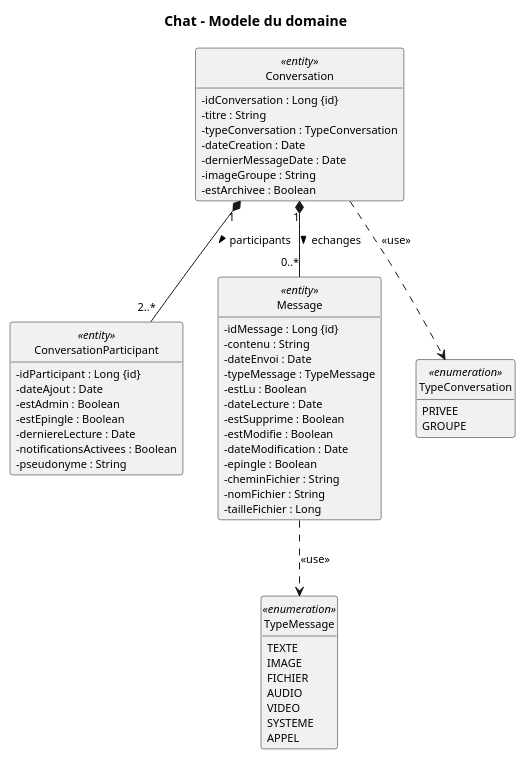
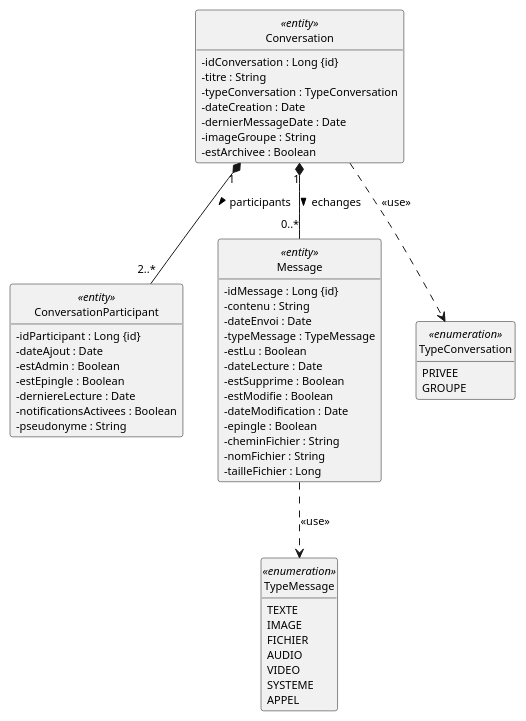
Before and after one commit to saber-barhoumi/Xpark-gmao: the diagram in docs/diagrams/microservices/Chat/Chat-entities.puml, drawn with PlantUML. The commit also changed 217 other files, not shown here.

```diff
--- a/docs/diagrams/microservices/Chat/Chat-entities.puml
+++ b/docs/diagrams/microservices/Chat/Chat-entities.puml
@@ -1,65 +1,63 @@
 @startuml
 skinparam style strictuml
 skinparam packageStyle rectangle
 skinparam classAttributeIconSize 0
 skinparam shadowing false
 skinparam defaultFontName Verdana
 skinparam defaultFontSize 11
 skinparam backgroundColor #FFFFFF
 hide empty members
-
-title Chat - Modele du domaine
 
 class Conversation <<entity>> {
   -idConversation : Long {id}
   -titre : String
   -typeConversation : TypeConversation
   -dateCreation : Date
   -dernierMessageDate : Date
   -imageGroupe : String
   -estArchivee : Boolean
 }
 class ConversationParticipant <<entity>> {
   -idParticipant : Long {id}
   -dateAjout : Date
   -estAdmin : Boolean
   -estEpingle : Boolean
   -derniereLecture : Date
   -notificationsActivees : Boolean
   -pseudonyme : String
 }
 class Message <<entity>> {
   -idMessage : Long {id}
   -contenu : String
   -dateEnvoi : Date
   -typeMessage : TypeMessage
   -estLu : Boolean
   -dateLecture : Date
   -estSupprime : Boolean
   -estModifie : Boolean
   -dateModification : Date
   -epingle : Boolean
   -cheminFichier : String
   -nomFichier : String
   -tailleFichier : Long
 }
 enum TypeConversation <<enumeration>> {
   PRIVEE
   GROUPE
 }
 enum TypeMessage <<enumeration>> {
   TEXTE
   IMAGE
   FICHIER
   AUDIO
   VIDEO
   SYSTEME
   APPEL
 }
 
 Conversation "1" *-- "0..*" Message : echanges >
 Conversation "1" *-- "2..*" ConversationParticipant : participants >
 Conversation ..> TypeConversation : << use >>
 Message ..> TypeMessage : << use >>
 
 @enduml
```
